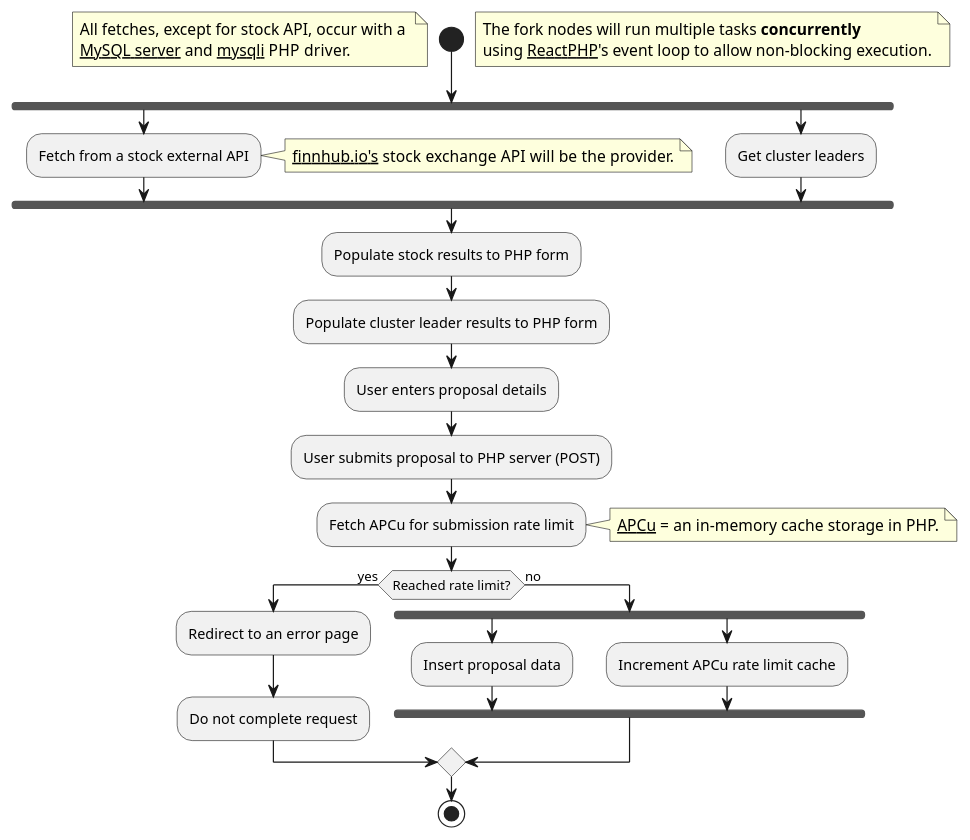
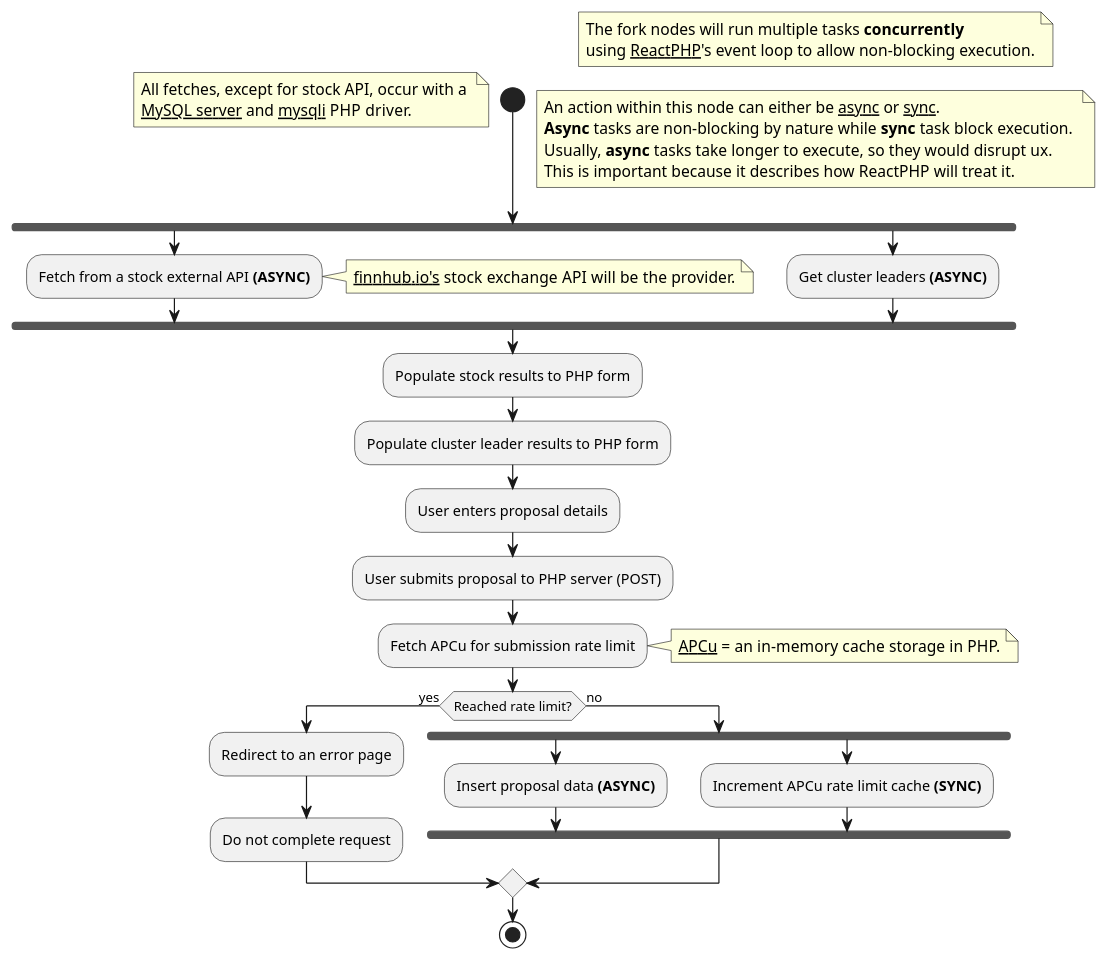
The diagram in software-design/Architecture.md (mystocks-africa/bycig-mkt), drawn with PlantUML before and after one commit. The commit also changed other lines of this file, not shown here.

Commit message:
added some more detailed notes on async/sync tasks

````diff
--- a/software-design/Architecture.md
+++ b/software-design/Architecture.md
@@ -8,47 +8,53 @@
 ```plantuml
 @startuml
 
 start
 note left
   All fetches, except for stock API, occur with a 
   <u>MySQL server</u> and <u>mysqli</u> PHP driver.
 end note
 
-' Note about the fork (placed immediately before it)
 note right
   The fork nodes will run multiple tasks <b>concurrently</b>
   using <u>ReactPHP</u>'s event loop to allow non-blocking execution.
 end note
 
+note right
+    An action within this node can either be <u>async</u> or <u>sync</u>.
+    <b>Async</b> tasks are non-blocking by nature while <b>sync</b> task block execution. 
+    Usually, <b>async</b> tasks take longer to execute, so they would disrupt ux. 
+    This is important because it describes how ReactPHP will treat it.
+end note
+
 fork
-    :Fetch from a stock external API;
+    :Fetch from a stock external API <b>(ASYNC)</b>;
     note right
         <u>finnhub.io's</u> stock exchange API will be the provider.
     end note
 fork again
-    :Get cluster leaders;
+    :Get cluster leaders <b>(ASYNC)</b>;
 end fork
 
 :Populate stock results to PHP form;
 :Populate cluster leader results to PHP form;
 :User enters proposal details;
 :User submits proposal to PHP server (POST);
 :Fetch APCu for submission rate limit;
 
 note right
   <u>APCu</u> = an in-memory cache storage in PHP.
 end note
 
 if (Reached rate limit?) then (yes)
     :Redirect to an error page;
     :Do not complete request;
 else (no)
     fork
-        :Insert proposal data;
+        :Insert proposal data <b>(ASYNC)</b>;
     fork again
-        :Increment APCu rate limit cache;
+        :Increment APCu rate limit cache <b>(SYNC)</b>;
     end fork
 endif
 stop
 @enduml
 ```
````
